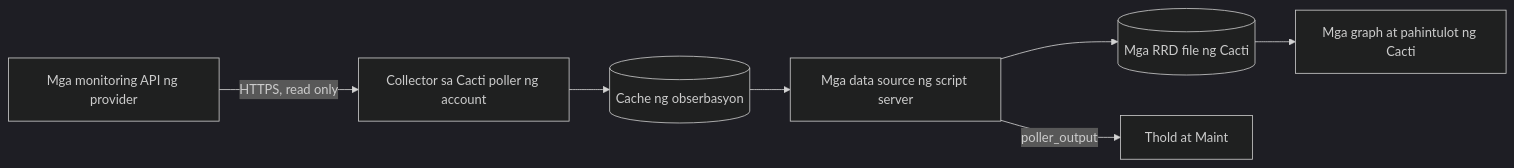
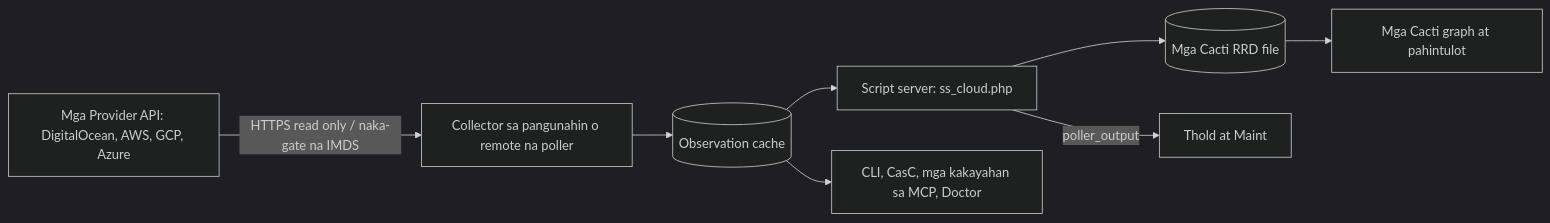
The diagram in docs/i18n/fil-PH/README.md (somethingwithproof/plugin_cloud), drawn with Mermaid (dark theme) before and after one commit. The commit also changed other lines of this file and 48 other files, not shown here.

First line of the commit message:
docs(readme): document AWS, GCP, Azure drivers, remote collectors, and ecosystem hooks

````diff
--- a/docs/i18n/fil-PH/README.md
+++ b/docs/i18n/fil-PH/README.md
@@ -110,9 +148,10 @@
 ```mermaid
 flowchart LR
-    API[Mga monitoring API ng provider] -->|HTTPS, read only| C[Collector sa Cacti poller ng account]
-    C --> O[(Cache ng obserbasyon)]
-    O --> SS[Mga data source ng script server]
-    SS --> RRD[(Mga RRD file ng Cacti)]
+    API[Mga Provider API: DigitalOcean, AWS, GCP, Azure] -->|HTTPS read only / naka-gate na IMDS| C[Collector sa pangunahin o remote na poller]
+    C --> O[(Observation cache)]
+    O --> SS[Script server: ss_cloud.php]
+    SS --> RRD[(Mga Cacti RRD file)]
     SS -->|poller_output| T[Thold at Maint]
-    RRD --> G[Mga graph at pahintulot ng Cacti]
+    RRD --> G[Mga Cacti graph at pahintulot]
+    O --> ECO[CLI, CasC, mga kakayahan sa MCP, Doctor]
 ```
````
